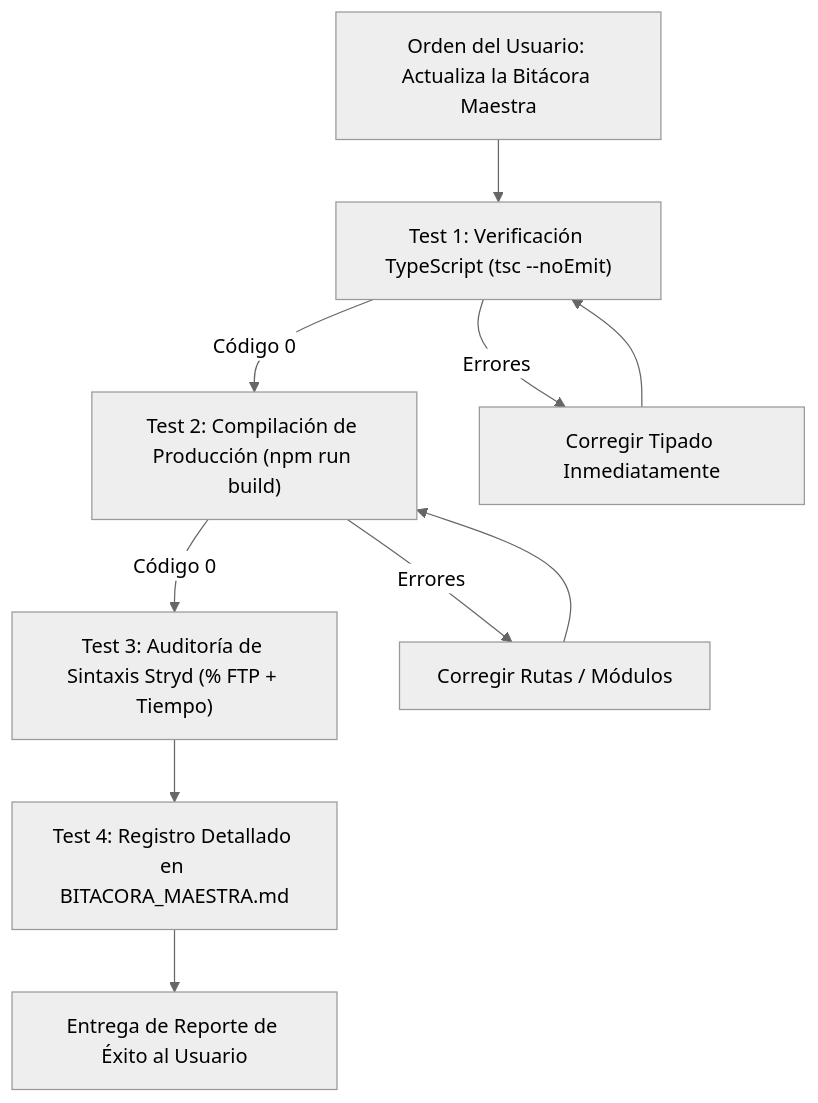
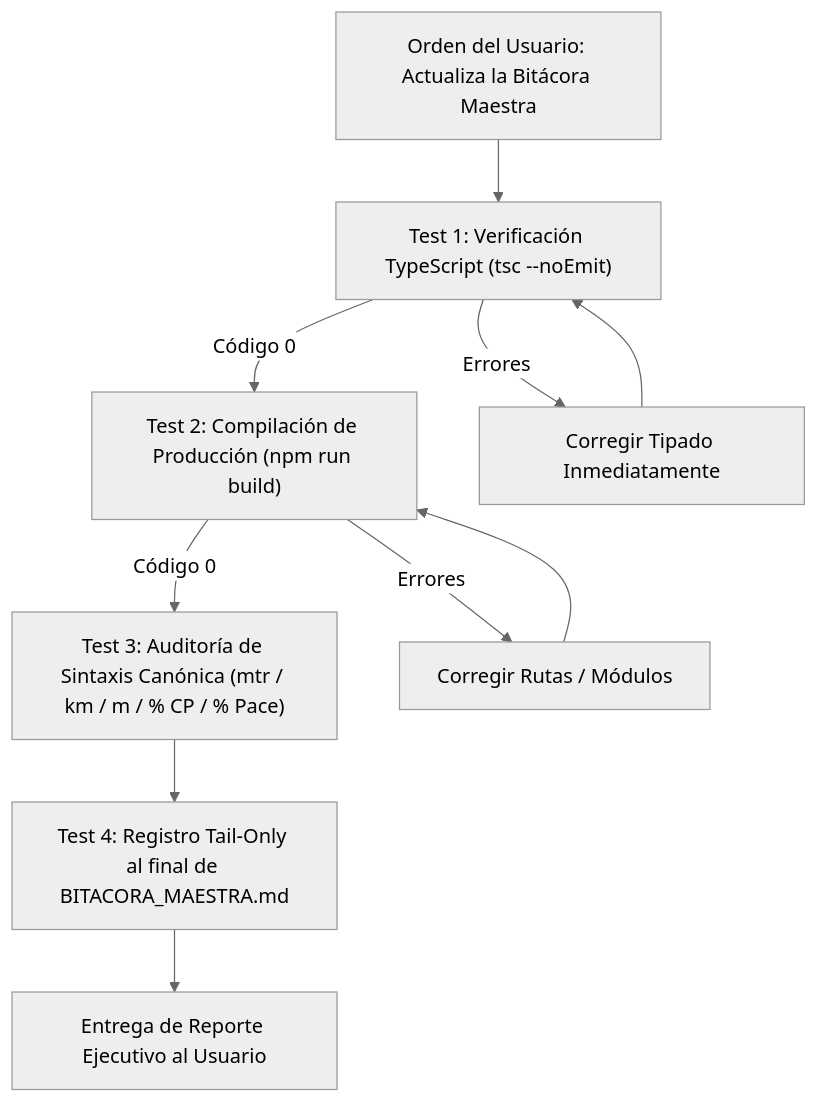
One commit to GEME80/Training-IA changed the first of 3 diagrams in PROJECT_RULES.md. Above: the diagram before and after it, drawn with Mermaid (neutral theme). The commit also changed other lines of this file and 14 other files, not shown here.

````diff
--- a/PROJECT_RULES.md
+++ b/PROJECT_RULES.md
@@ -103,12 +129,12 @@
 ```mermaid
 flowchart TD
     CMD["Orden del Usuario: Actualiza la Bitácora Maestra"] --> T1["Test 1: Verificación TypeScript (tsc --noEmit)"]
     T1 -->|Código 0| T2["Test 2: Compilación de Producción (npm run build)"]
     T1 -->|Errores| FIX1["Corregir Tipado Inmediatamente"]
     FIX1 --> T1
-    T2 -->|Código 0| T3["Test 3: Auditoría de Sintaxis Stryd (% FTP + Tiempo)"]
+    T2 -->|Código 0| T3["Test 3: Auditoría de Sintaxis Canónica (mtr / km / m / % CP / % Pace)"]
     T2 -->|Errores| FIX2["Corregir Rutas / Módulos"]
     FIX2 --> T2
-    T3 --> T4["Test 4: Registro Detallado en BITACORA_MAESTRA.md"]
-    T4 --> REPORT["Entrega de Reporte de Éxito al Usuario"]
+    T3 --> T4["Test 4: Registro Tail-Only al final de BITACORA_MAESTRA.md"]
+    T4 --> REPORT["Entrega de Reporte Ejecutivo al Usuario"]
 ```
````
